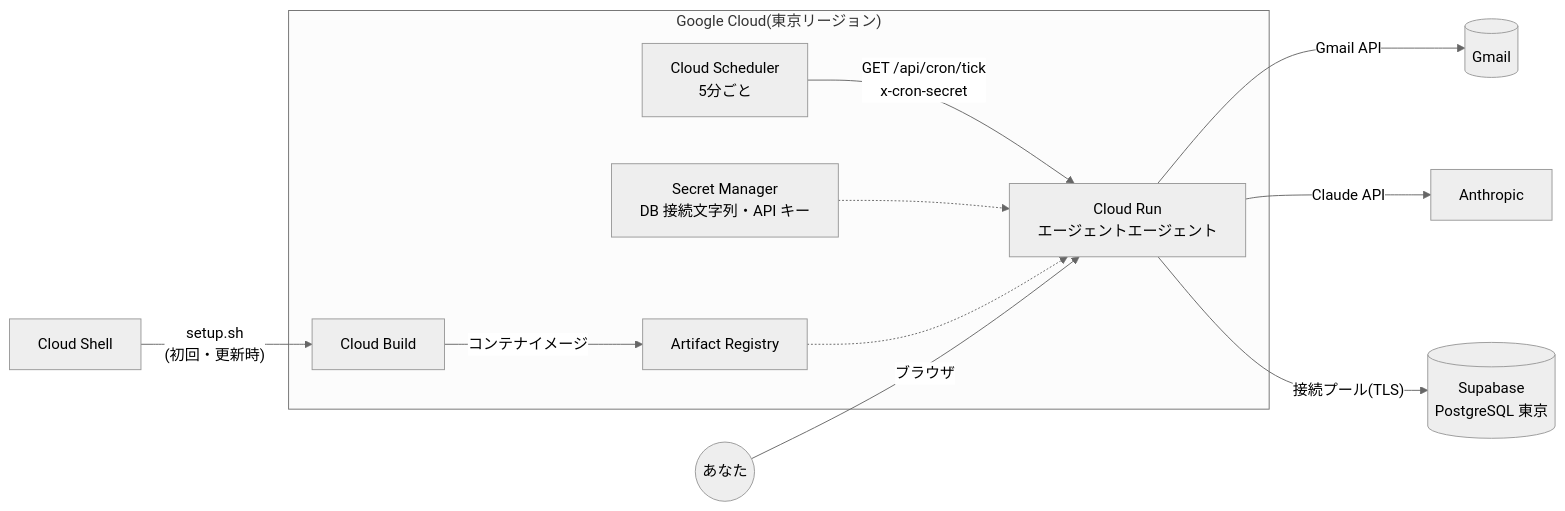
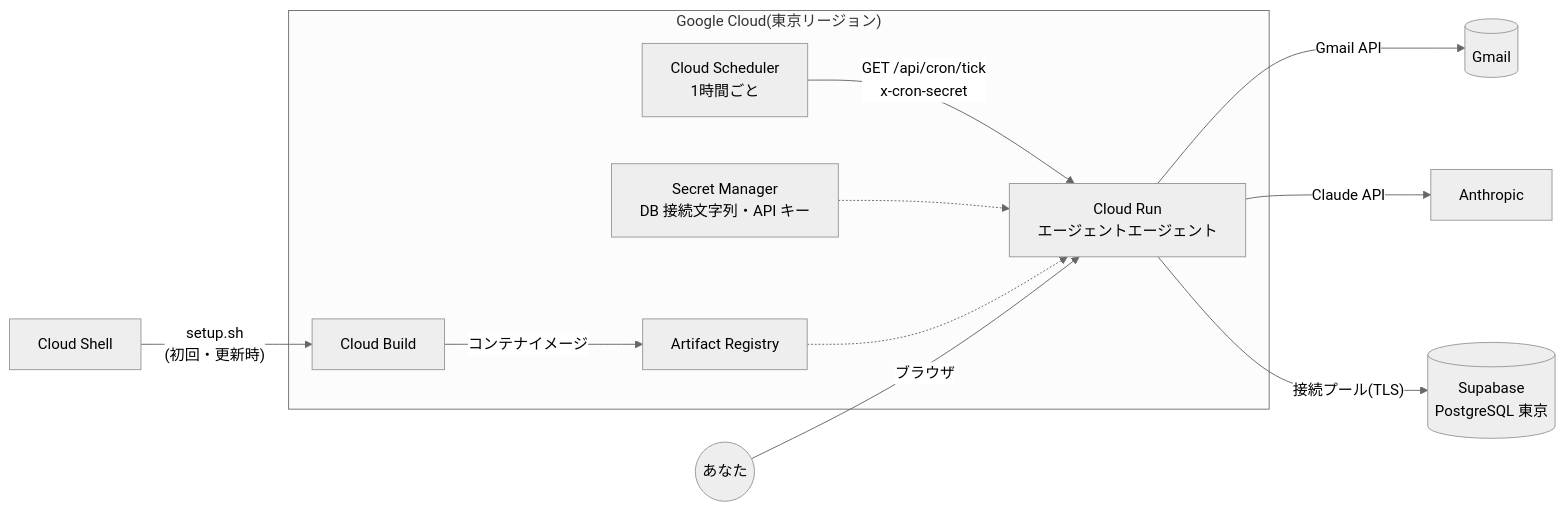
The diagram in docs/05_cloud_deployment.md (shunshun0904/agentagent), drawn with Mermaid (neutral theme) before and after one commit. The commit also changed other lines of this file and 6 other files, not shown here.

````diff
--- a/docs/05_cloud_deployment.md
+++ b/docs/05_cloud_deployment.md
@@ -9,13 +9,13 @@
 ```mermaid
 flowchart LR
   subgraph GC["Google Cloud(東京リージョン)"]
-    CS[Cloud Scheduler<br/>5分ごと] -- "GET /api/cron/tick<br/>x-cron-secret" --> CR[Cloud Run<br/>エージェントエージェント]
+    CS[Cloud Scheduler<br/>1時間ごと] -- "GET /api/cron/tick<br/>x-cron-secret" --> CR[Cloud Run<br/>エージェントエージェント]
     SM[Secret Manager<br/>DB 接続文字列・API キー] -.-> CR
     CB[Cloud Build] -- コンテナイメージ --> AR[Artifact Registry] -.-> CR
   end
   CR -- Gmail API --> GM[(Gmail)]
   CR -- Claude API --> AN[Anthropic]
   CR -- "接続プール(TLS)" --> SB[(Supabase<br/>PostgreSQL 東京)]
   U((あなた)) -- ブラウザ --> CR
   SH[Cloud Shell] -- "setup.sh<br/>(初回・更新時)" --> CB
 ```
````
